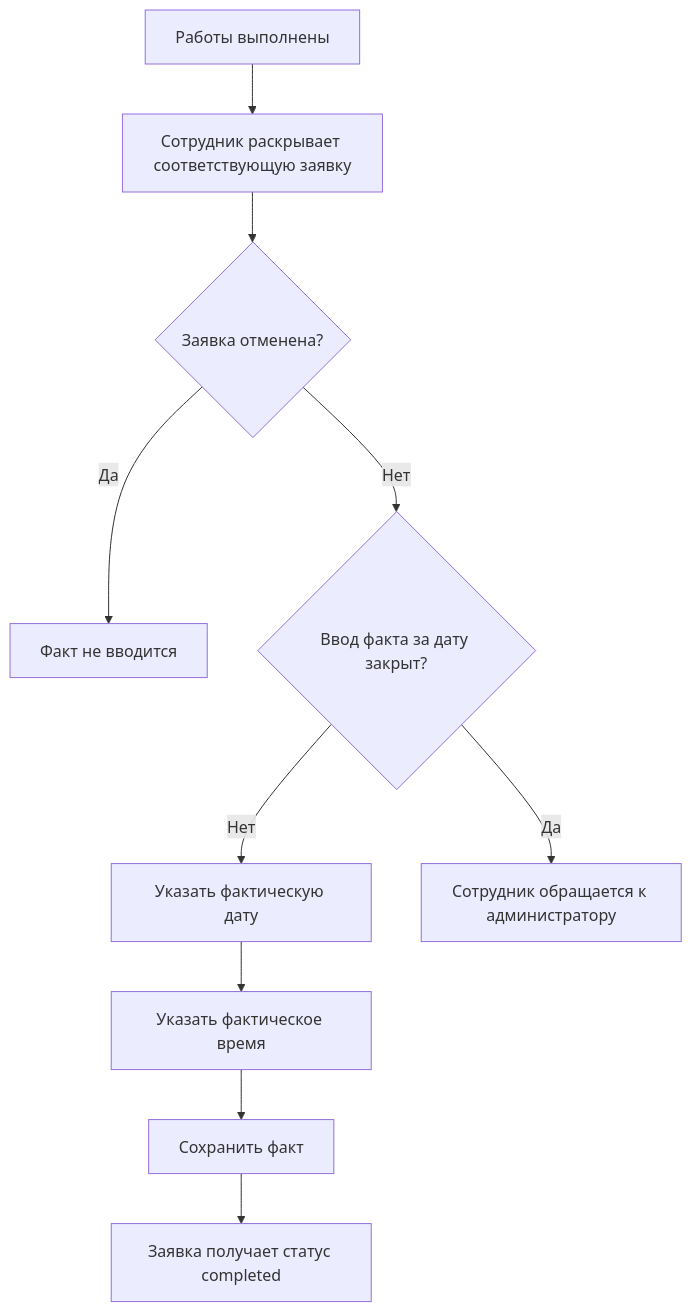
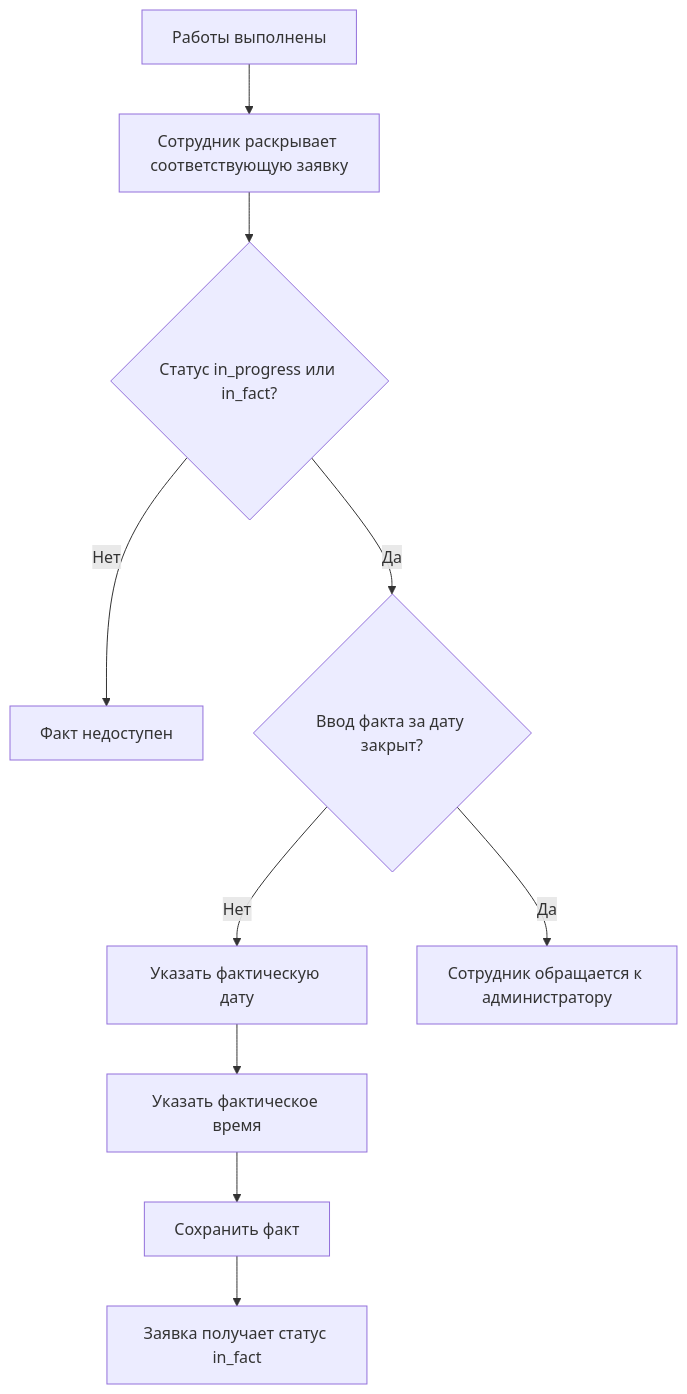
One commit to travinov/work-on-holiday-web-ui changed the sixth of 9 diagrams in docs/workflows/employee-admin-workflows.md. Above: the diagram before and after it, drawn with Mermaid. The commit also changed other lines of this file and 5 other files, not shown here.

````diff
--- a/docs/workflows/employee-admin-workflows.md
+++ b/docs/workflows/employee-admin-workflows.md
@@ -135,12 +165,12 @@
 ```mermaid
 flowchart TD
     A["Работы выполнены"] --> B["Сотрудник раскрывает соответствующую заявку"]
-    B --> C{"Заявка отменена?"}
-    C -- "Да" --> D["Факт не вводится"]
-    C -- "Нет" --> E{"Ввод факта за дату закрыт?"}
+    B --> C{"Статус in_progress или in_fact?"}
+    C -- "Нет" --> D["Факт недоступен"]
+    C -- "Да" --> E{"Ввод факта за дату закрыт?"}
     E -- "Нет" --> F["Указать фактическую дату"]
     F --> G["Указать фактическое время"]
     G --> H["Сохранить факт"]
-    H --> I["Заявка получает статус completed"]
+    H --> I["Заявка получает статус in_fact"]
     E -- "Да" --> J["Сотрудник обращается к администратору"]
 ```
````
